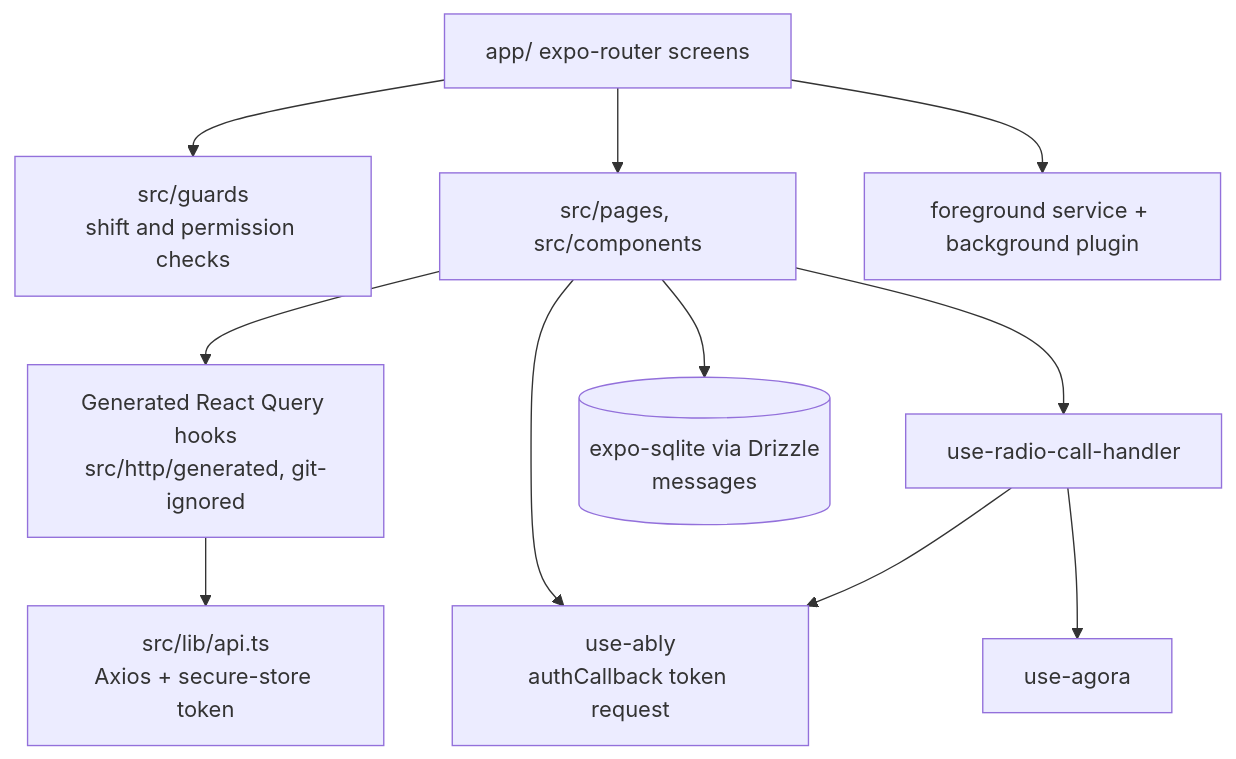
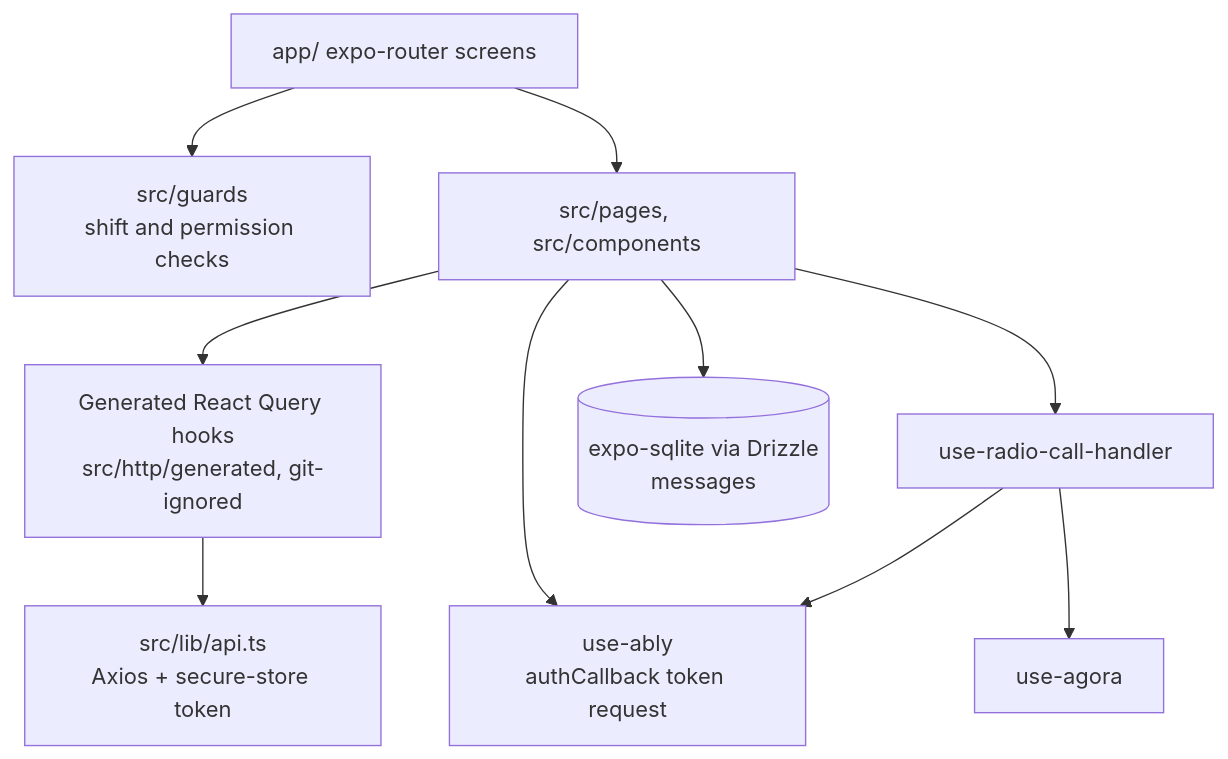
The second of 3 diagrams in README.md (mkwitko/ambulance-fleet-app), drawn with Mermaid before and after one commit. The commit also changed other lines of this file and 7 other files, not shown here.

Commit message:
chore: drop local background plugin, point orval at ambulance-fleet-api

````diff
--- a/README.md
+++ b/README.md
@@ -40,13 +39,12 @@
 ```mermaid
 flowchart TB
   Screens[app/ expo-router screens] --> Guard[src/guards<br/>shift and permission checks]
   Screens --> Pages[src/pages, src/components]
   Pages --> Query[Generated React Query hooks<br/>src/http/generated, git-ignored]
   Query --> Axios[src/lib/api.ts<br/>Axios + secure-store token]
   Pages --> Ably[use-ably<br/>authCallback token request]
   Pages --> Radio[use-radio-call-handler]
   Radio --> Agora[use-agora]
   Radio --> Ably
   Pages --> DB[(expo-sqlite via Drizzle<br/>messages)]
-  Screens --> BG[foreground service + background plugin]
 ```
````
